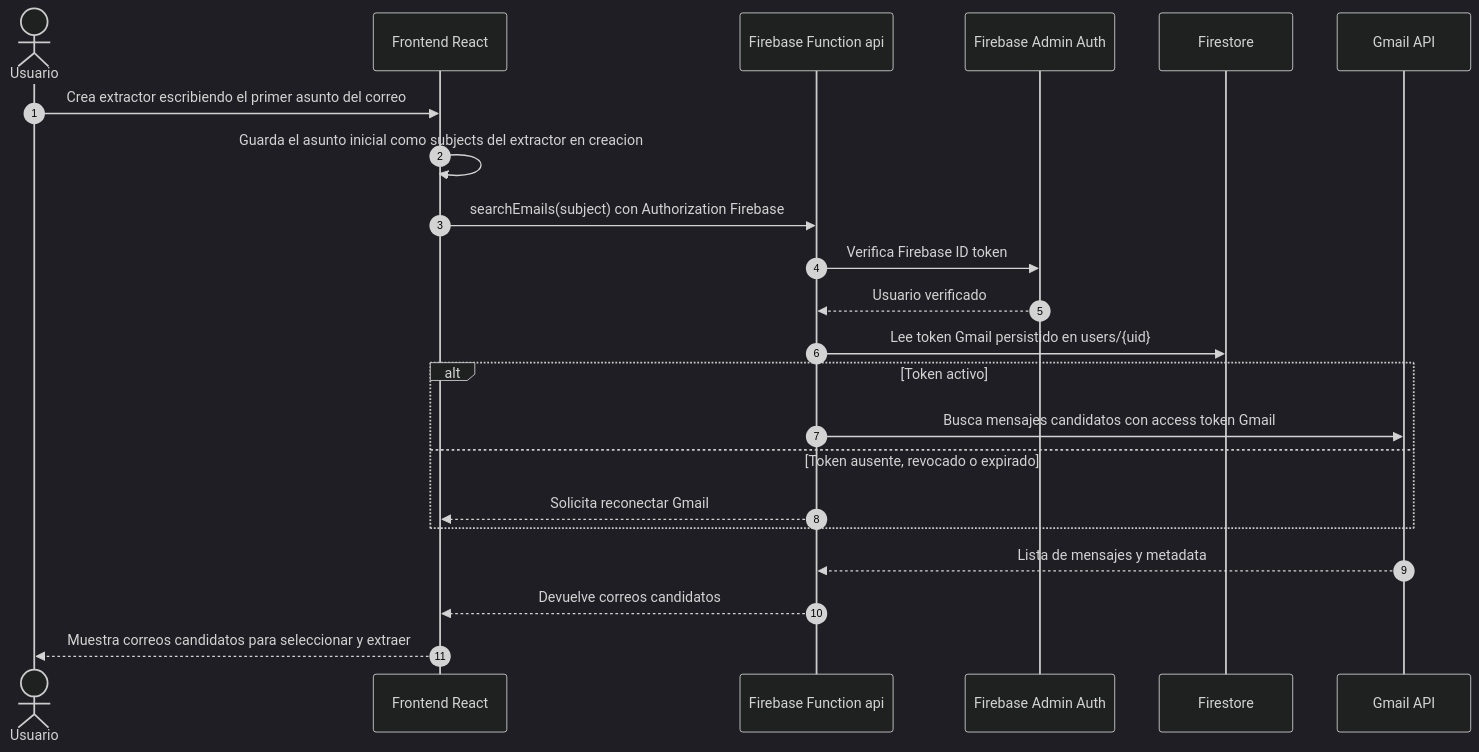
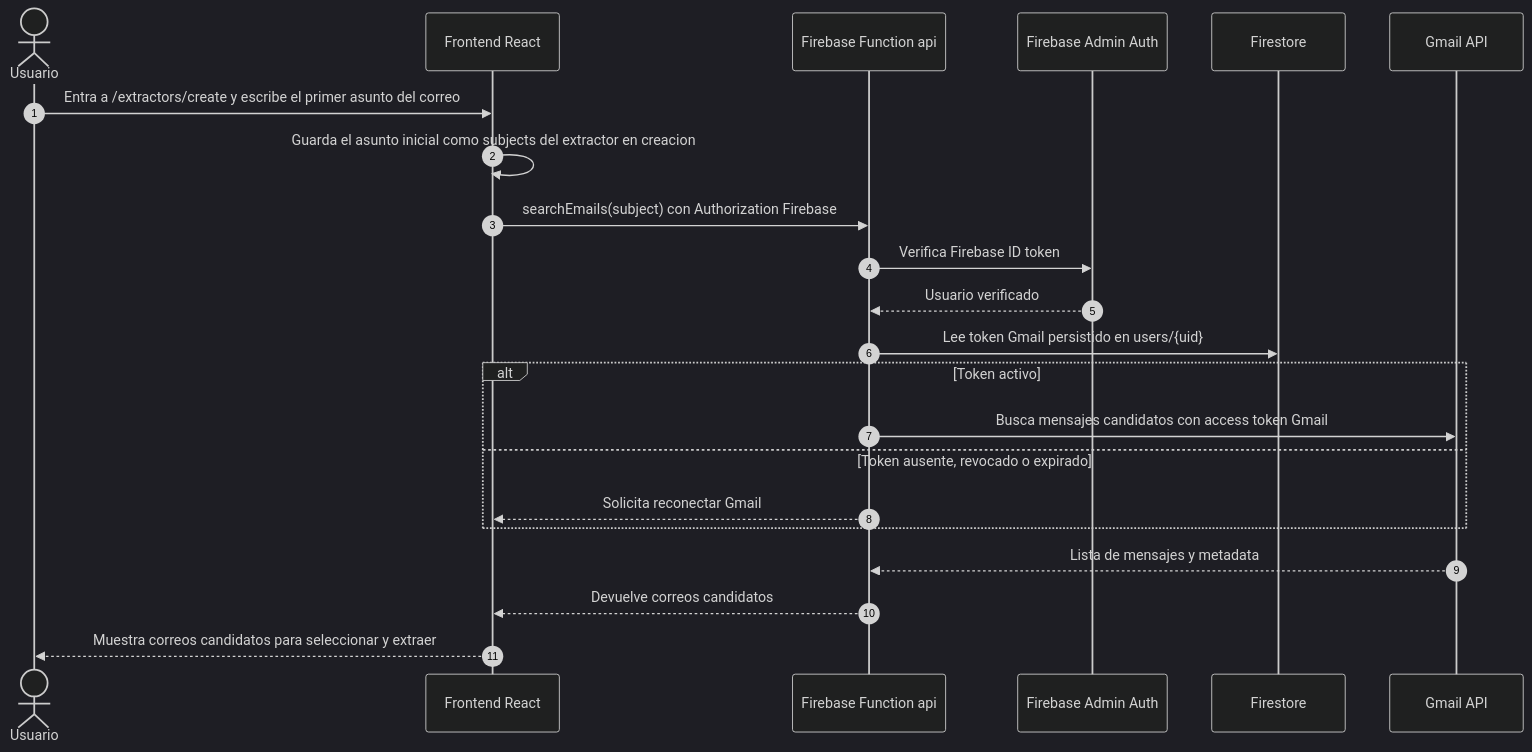
Before and after one commit to mijahilbarra/organizr: the second of 9 diagrams in sequence-diagram.md, drawn with Mermaid (dark theme). The commit also changed other lines of this file and 15 other files, not shown here.

````diff
--- a/sequence-diagram.md
+++ b/sequence-diagram.md
@@ -46,25 +46,25 @@
 ```mermaid
 sequenceDiagram
   autonumber
   actor User as Usuario
   participant Frontend as Frontend React
   participant Function as Firebase Function api
   participant FirebaseAuth as Firebase Admin Auth
   participant Firestore as Firestore
   participant Gmail as Gmail API
 
-  User->>Frontend: Crea extractor escribiendo el primer asunto del correo
+  User->>Frontend: Entra a /extractors/create y escribe el primer asunto del correo
   Frontend->>Frontend: Guarda el asunto inicial como subjects del extractor en creacion
   Frontend->>Function: searchEmails(subject) con Authorization Firebase
   Function->>FirebaseAuth: Verifica Firebase ID token
   FirebaseAuth-->>Function: Usuario verificado
   Function->>Firestore: Lee token Gmail persistido en users/{uid}
   alt Token activo
     Function->>Gmail: Busca mensajes candidatos con access token Gmail
   else Token ausente, revocado o expirado
     Function-->>Frontend: Solicita reconectar Gmail
   end
   Gmail-->>Function: Lista de mensajes y metadata
   Function-->>Frontend: Devuelve correos candidatos
   Frontend-->>User: Muestra correos candidatos para seleccionar y extraer
 ```
````
